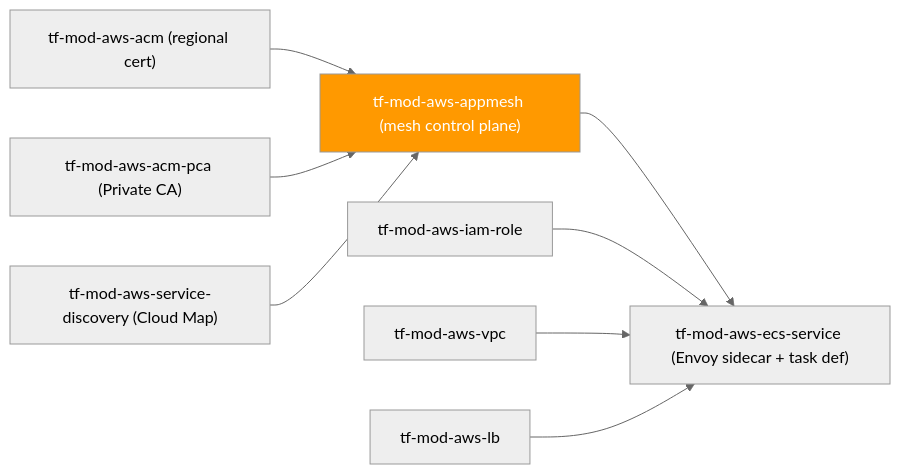
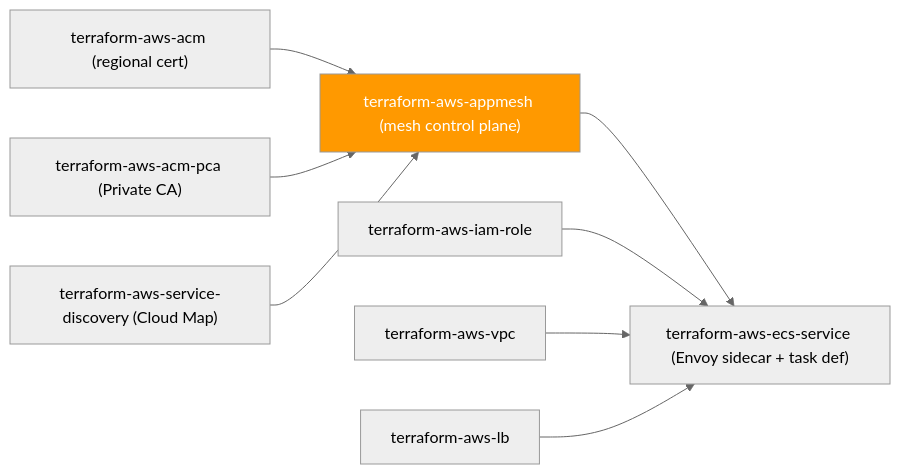
The first of 2 diagrams in README.md (microsoftexpert/terraform-aws-appmesh), drawn with Mermaid (neutral theme) before and after one commit. The commit also changed other lines of this file and 5 other files, not shown here.

````diff
--- a/README.md
+++ b/README.md
@@ -43,13 +43,13 @@
 ```mermaid
 flowchart LR
- ACM["tf-mod-aws-acm (regional cert)"] --> APPMESH
- ACMPCA["tf-mod-aws-acm-pca (Private CA)"] --> APPMESH
- SD["tf-mod-aws-service-discovery (Cloud Map)"] --> APPMESH
- APPMESH["tf-mod-aws-appmesh (mesh control plane)"]
- APPMESH --> ECS["tf-mod-aws-ecs-service (Envoy sidecar + task def)"]
- IAMROLE["tf-mod-aws-iam-role"] --> ECS
- VPC["tf-mod-aws-vpc"] --> ECS
- LB["tf-mod-aws-lb"] --> ECS
+ ACM["terraform-aws-acm (regional cert)"] --> APPMESH
+ ACMPCA["terraform-aws-acm-pca (Private CA)"] --> APPMESH
+ SD["terraform-aws-service-discovery (Cloud Map)"] --> APPMESH
+ APPMESH["terraform-aws-appmesh (mesh control plane)"]
+ APPMESH --> ECS["terraform-aws-ecs-service (Envoy sidecar + task def)"]
+ IAMROLE["terraform-aws-iam-role"] --> ECS
+ VPC["terraform-aws-vpc"] --> ECS
+ LB["terraform-aws-lb"] --> ECS
 
  style APPMESH fill:#FF9900,color:#fff
 ```
````
